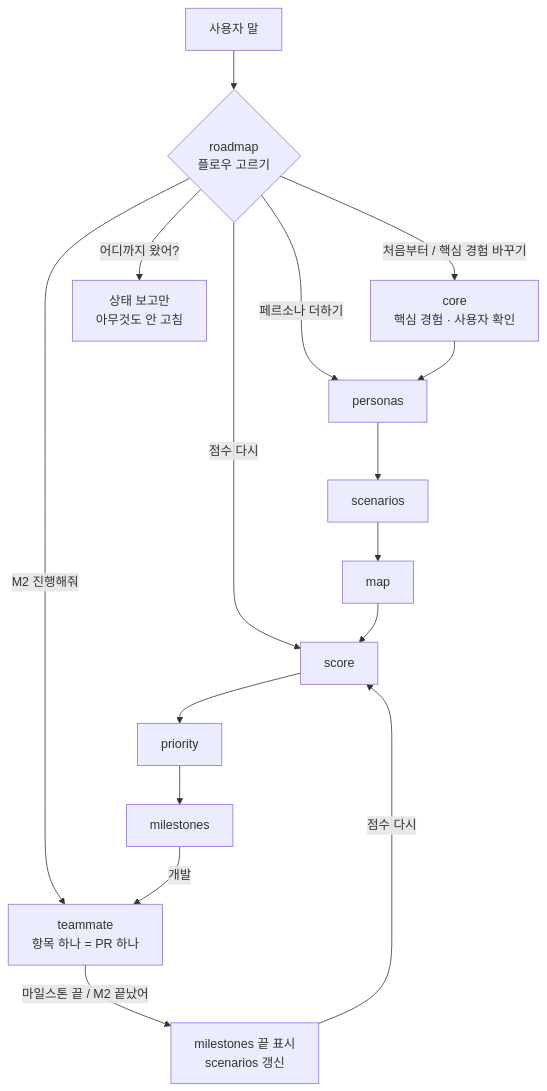
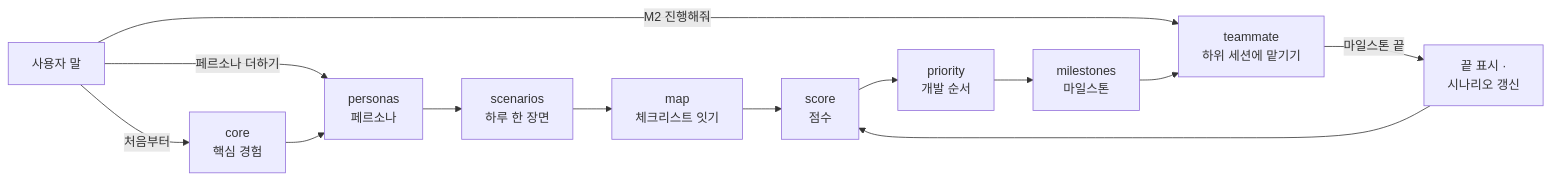
One commit to ff-1204/claude-haejo changed the first of 2 diagrams in README.md. Above: the diagram before and after it, drawn with Mermaid. The commit also changed other lines of this file, not shown here.

````diff
--- a/README.md
+++ b/README.md
@@ -71,14 +35,12 @@
 ```mermaid
-flowchart TD
-  say["사용자 말"] --> pick{"roadmap<br/>플로우 고르기"}
-  pick -->|"처음부터 / 핵심 경험 바꾸기"| core["core<br/>핵심 경험 · 사용자 확인"]
-  pick -->|"페르소나 더하기"| personas["personas"]
-  pick -->|"점수 다시"| score["score"]
-  pick -->|"M2 진행해줘"| teammate["teammate<br/>항목 하나 = PR 하나"]
-  pick -->|"어디까지 왔어?"| status["상태 보고만<br/>아무것도 안 고침"]
-  core --> personas --> scenarios["scenarios"] --> map["map"] --> score
-  score --> priority["priority"] --> milestones["milestones"]
-  milestones -->|"개발"| teammate
-  teammate -->|"마일스톤 끝 / M2 끝났어"| finish["milestones 끝 표시<br/>scenarios 갱신"]
-  finish -->|"점수 다시"| score
+flowchart LR
+  say["사용자 말"] -->|"처음부터"| core["core<br/>핵심 경험"]
+  say -->|"페르소나 더하기"| personas
+  say -->|"M2 진행해줘"| teammate
+  core --> personas["personas<br/>페르소나"] --> scenarios["scenarios<br/>하루 한 장면"]
+  scenarios --> map["map<br/>체크리스트 잇기"] --> score["score<br/>점수"]
+  score --> priority["priority<br/>개발 순서"] --> milestones["milestones<br/>마일스톤"]
+  milestones --> teammate["teammate<br/>하위 세션에 맡기기"]
+  teammate -->|"마일스톤 끝"| update["끝 표시 ·<br/>시나리오 갱신"]
+  update --> score
 ```
````
